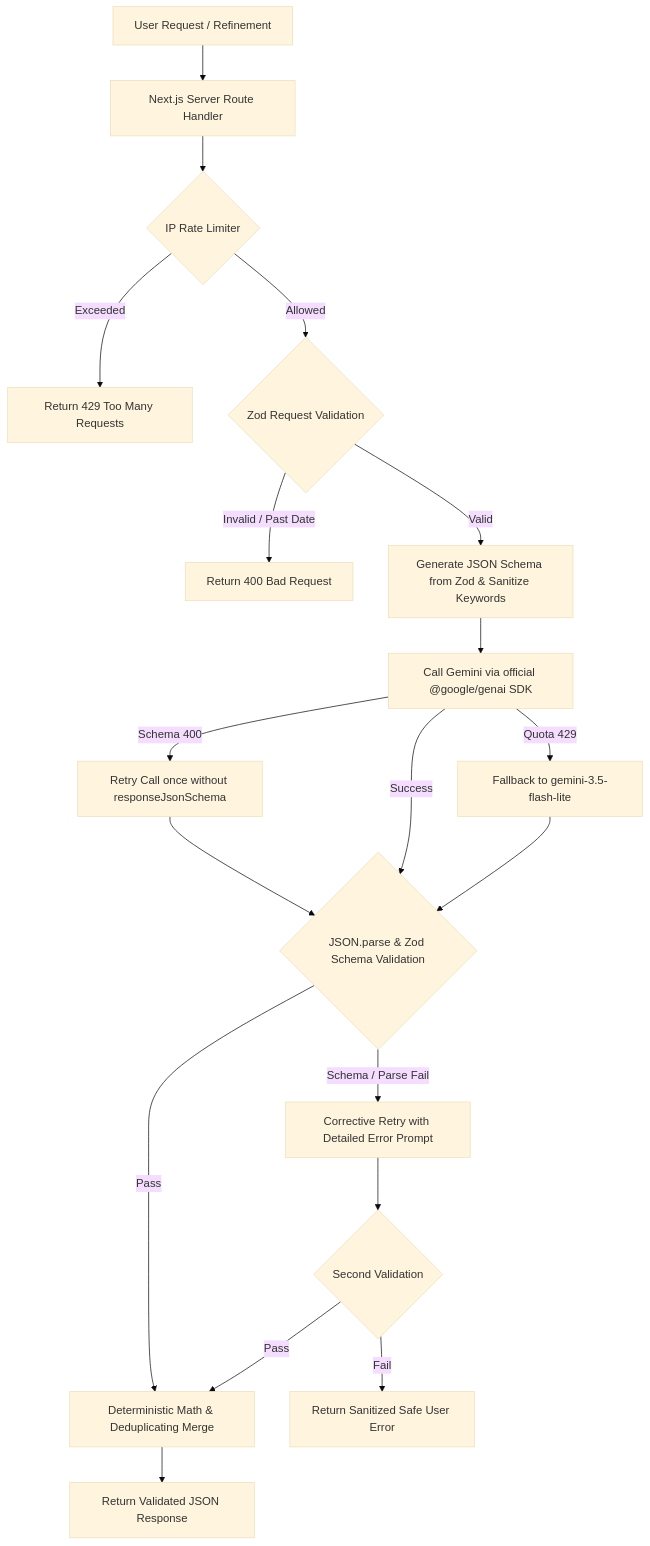
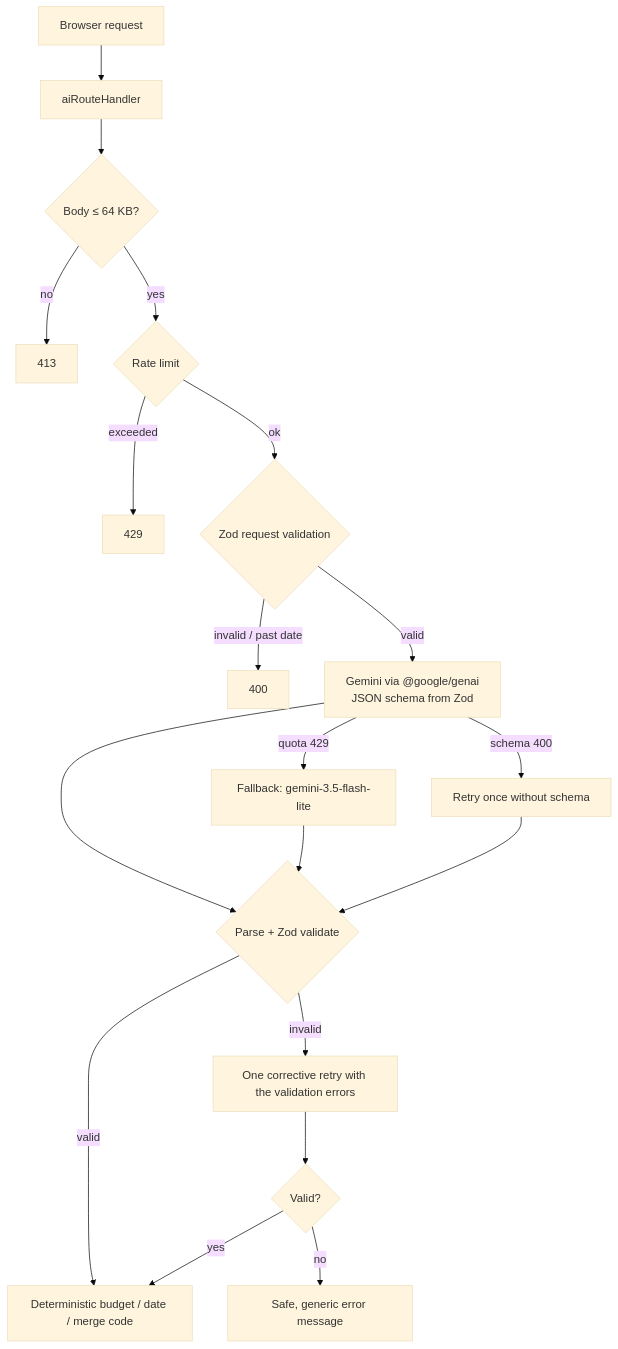
One commit to SVG700/Utsava changed the diagram in README.md. Above: the diagram before and after it, drawn with Mermaid (base theme). The commit also changed other lines of this file and 2 other files, not shown here.

First line of the commit message:
docs: rewrite README to match the code; add CI workflow

````diff
--- a/README.md
+++ b/README.md
@@ -122,21 +69,21 @@
 ```mermaid
 flowchart TD
-    UserReq[User Request / Refinement] --> Route[Next.js Server Route Handler]
-    Route --> RateCheck{IP Rate Limiter}
-    RateCheck -->|Exceeded| Err429[Return 429 Too Many Requests]
-    RateCheck -->|Allowed| ReqVal{Zod Request Validation}
-    ReqVal -->|Invalid / Past Date| Err400[Return 400 Bad Request]
-    ReqVal -->|Valid| SchemaPrep[Generate JSON Schema from Zod & Sanitize Keywords]
-    SchemaPrep --> PrimaryAI[Call Gemini via official @google/genai SDK]
-    PrimaryAI -->|Quota 429| FallbackAI[Fallback to gemini-3.5-flash-lite]
-    PrimaryAI -->|Schema 400| RetryNoSchema[Retry Call once without responseJsonSchema]
-    FallbackAI --> ParseVerify{JSON.parse & Zod Schema Validation}
-    PrimaryAI -->|Success| ParseVerify
-    RetryNoSchema --> ParseVerify
-    ParseVerify -->|Schema / Parse Fail| CorrectiveRetry[Corrective Retry with Detailed Error Prompt]
-    CorrectiveRetry --> ParseVerify2{Second Validation}
-    ParseVerify2 -->|Pass| DeterministicMerge[Deterministic Math & Deduplicating Merge]
-    ParseVerify2 -->|Fail| ErrSanitized[Return Sanitized Safe User Error]
-    ParseVerify -->|Pass| DeterministicMerge
-    DeterministicMerge --> Response[Return Validated JSON Response]
+    A[Browser request] --> B[aiRouteHandler]
+    B --> C{Body ≤ 64 KB?}
+    C -- no --> E413[413]
+    C -- yes --> D{Rate limit}
+    D -- exceeded --> E429[429]
+    D -- ok --> F{Zod request validation}
+    F -- invalid / past date --> E400[400]
+    F -- valid --> G[Gemini via @google/genai<br/>JSON schema from Zod]
+    G -- quota 429 --> H[Fallback: gemini-3.5-flash-lite]
+    G -- schema 400 --> I[Retry once without schema]
+    G --> J{Parse + Zod validate}
+    H --> J
+    I --> J
+    J -- invalid --> K[One corrective retry with the validation errors]
+    K --> L{Valid?}
+    J -- valid --> M[Deterministic budget / date / merge code]
+    L -- yes --> M
+    L -- no --> ERR[Safe, generic error message]
 ```
````
